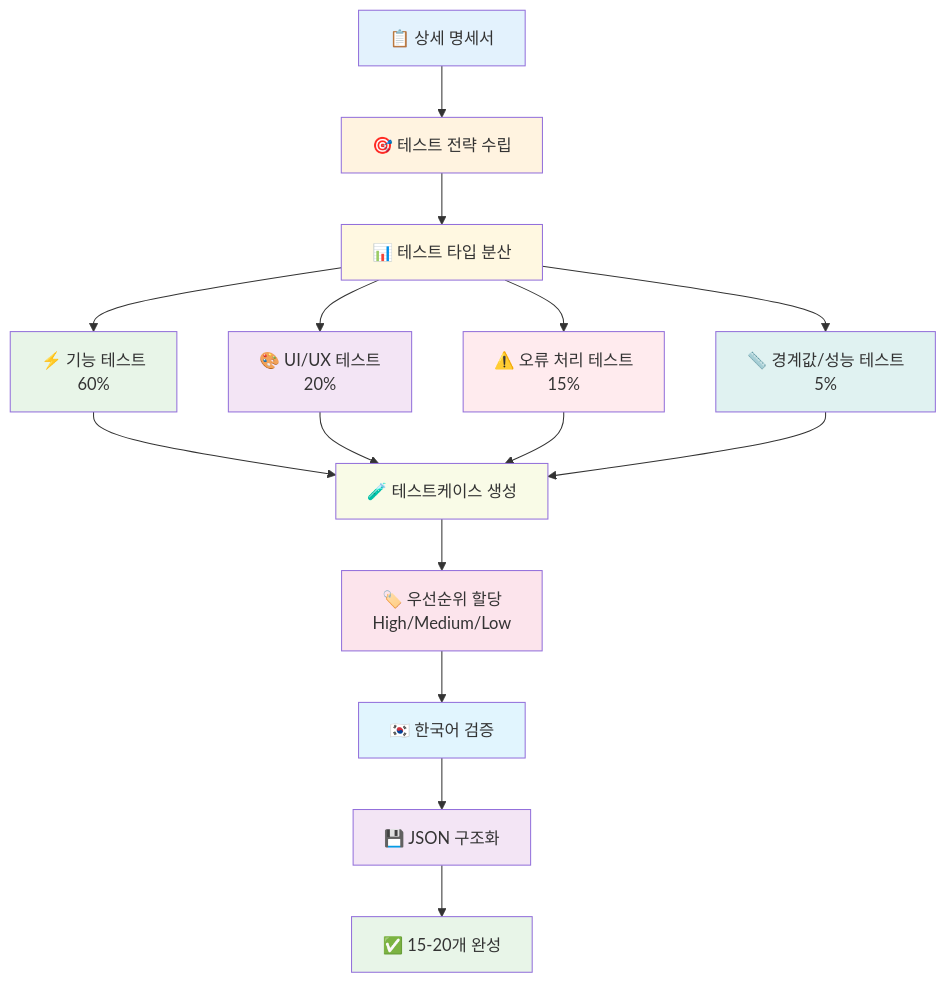
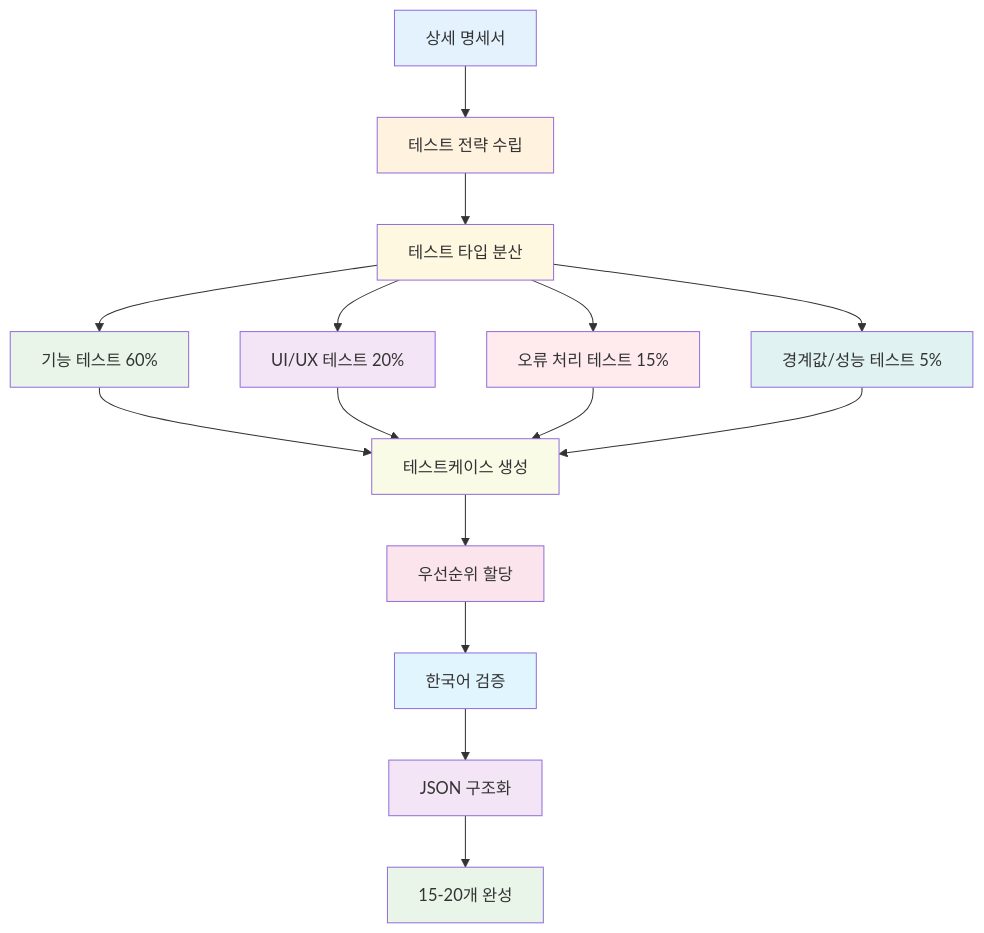
Before and after one commit to DONGWOO79/qa-test-manager: the fourth of 9 diagrams in README.md, drawn with Mermaid. The commit also changed other lines of this file, not shown here.

First line of the commit message:
fix: Fix Mermaid diagram parsing errors in README

````diff
--- a/README.md
+++ b/README.md
@@ -575,33 +575,33 @@
 ```mermaid
 graph TD
-    A[📋 상세 명세서] --> B[🎯 테스트 전략 수립]
-    B --> C[📊 테스트 타입 분산]
+    A[상세 명세서] --> B[테스트 전략 수립]
+    B --> C[테스트 타입 분산]
     
-    C --> D[⚡ 기능 테스트<br/>60%]
-    C --> E[🎨 UI/UX 테스트<br/>20%]
-    C --> F[⚠️ 오류 처리 테스트<br/>15%]
-    C --> G[📏 경계값/성능 테스트<br/>5%]
+    C --> D[기능 테스트 60%]
+    C --> E[UI/UX 테스트 20%]
+    C --> F[오류 처리 테스트 15%]
+    C --> G[경계값/성능 테스트 5%]
     
-    D --> H[🧪 테스트케이스 생성]
+    D --> H[테스트케이스 생성]
     E --> H
     F --> H
     G --> H
     
-    H --> I[🏷️ 우선순위 할당<br/>High/Medium/Low]
-    I --> J[🇰🇷 한국어 검증]
-    J --> K[💾 JSON 구조화]
-    K --> L[✅ 15-20개 완성]
+    H --> I[우선순위 할당]
+    I --> J[한국어 검증]
+    J --> K[JSON 구조화]
+    K --> L[15-20개 완성]
     
     style A fill:#e3f2fd
     style B fill:#fff3e0
     style C fill:#fff8e1
     style D fill:#e8f5e8
     style E fill:#f3e5f5
     style F fill:#ffebee
     style G fill:#e0f2f1
     style H fill:#f9fbe7
     style I fill:#fce4ec
     style J fill:#e1f5fe
     style K fill:#f3e5f5
     style L fill:#e8f5e8
 ```
````
